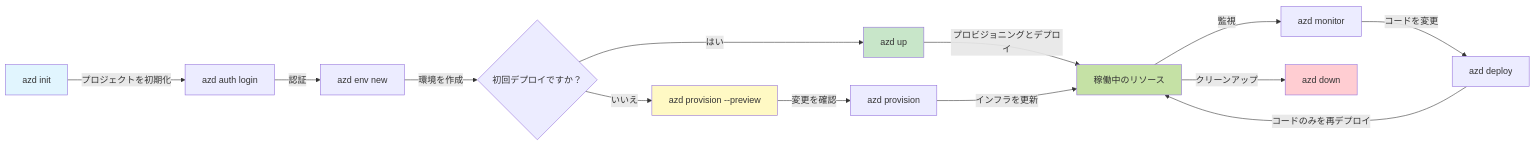
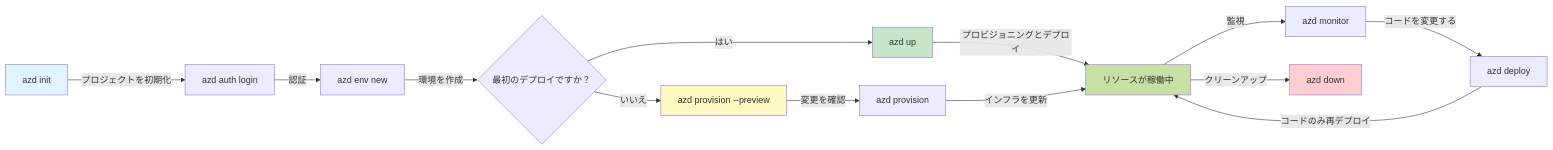
One commit to microsoft/AZD-for-beginners changed the first of 2 diagrams in translations/ja/docs/chapter-01-foundation/azd-basics.md. Above: the diagram before and after it, drawn with Mermaid. The commit also changed other lines of this file and 104 other files, not shown here.

````diff
--- a/translations/ja/docs/chapter-01-foundation/azd-basics.md
+++ b/translations/ja/docs/chapter-01-foundation/azd-basics.md
@@ -271,21 +269,21 @@
 ```mermaid
 graph LR
     A[azd init] -->|プロジェクトを初期化| B[azd auth login]
     B -->|認証| C[azd env new]
-    C -->|環境を作成| D{初回デプロイですか？}
+    C -->|環境を作成| D{最初のデプロイですか？}
     D -->|はい| E[azd up]
     D -->|いいえ| F[azd provision --preview]
     F -->|変更を確認| G[azd provision]
-    E -->|プロビジョニングとデプロイ| H[稼働中のリソース]
+    E -->|プロビジョニングとデプロイ| H[リソースが稼働中]
     G -->|インフラを更新| H
     H -->|監視| I[azd monitor]
-    I -->|コードを変更| J[azd deploy]
-    J -->|コードのみを再デプロイ| H
+    I -->|コードを変更する| J[azd deploy]
+    J -->|コードのみ再デプロイ| H
     H -->|クリーンアップ| K[azd down]
     
     style A fill:#e1f5fe
     style E fill:#c8e6c9
     style F fill:#fff9c4
     style H fill:#c5e1a5
     style K fill:#ffcdd2
 ```
````
